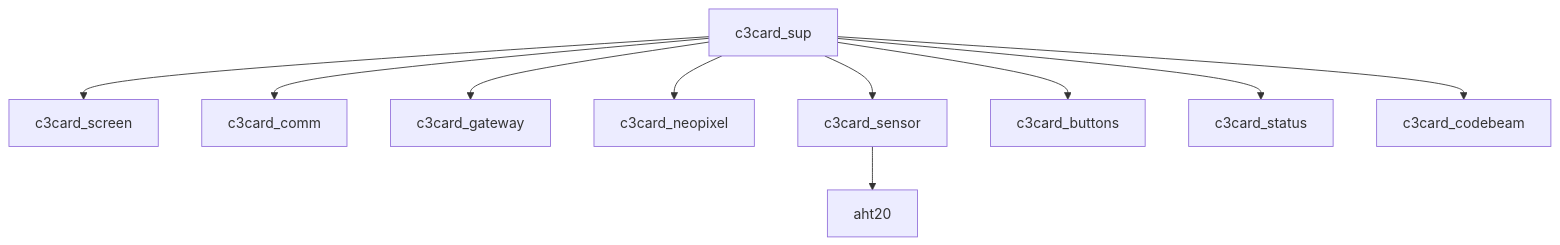
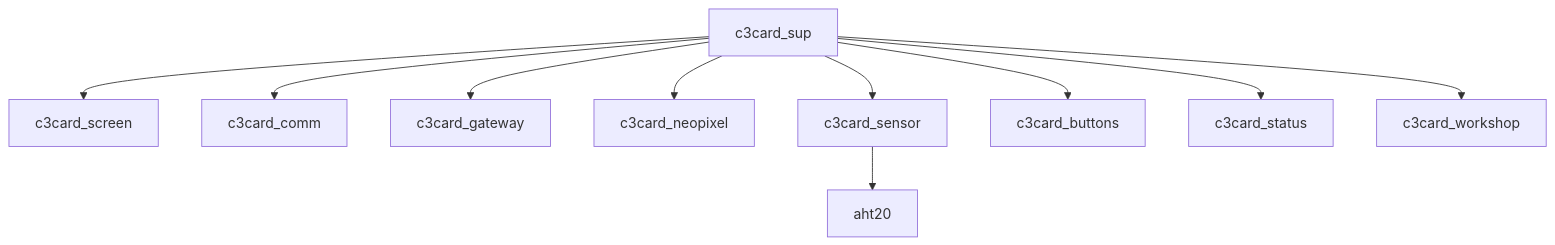
Before and after one commit to esl/c3card: the diagram in workshop.md, drawn with Mermaid. The commit also changed other lines of this file and 7 other files, not shown here.

````diff
--- a/workshop.md
+++ b/workshop.md
@@ -104,13 +104,13 @@
 ```mermaid
 graph TD
   A[c3card_sup] --> B[c3card_screen]
   A --> C[c3card_comm]
   A --> D[c3card_gateway]
   A --> E[c3card_neopixel]
   A --> F[c3card_sensor]
   A --> G[c3card_buttons]
   A --> H[c3card_status]
-  A --> I[c3card_codebeam]
+  A --> I[c3card_workshop]
 
   F --> F1[aht20]
 ```
````
